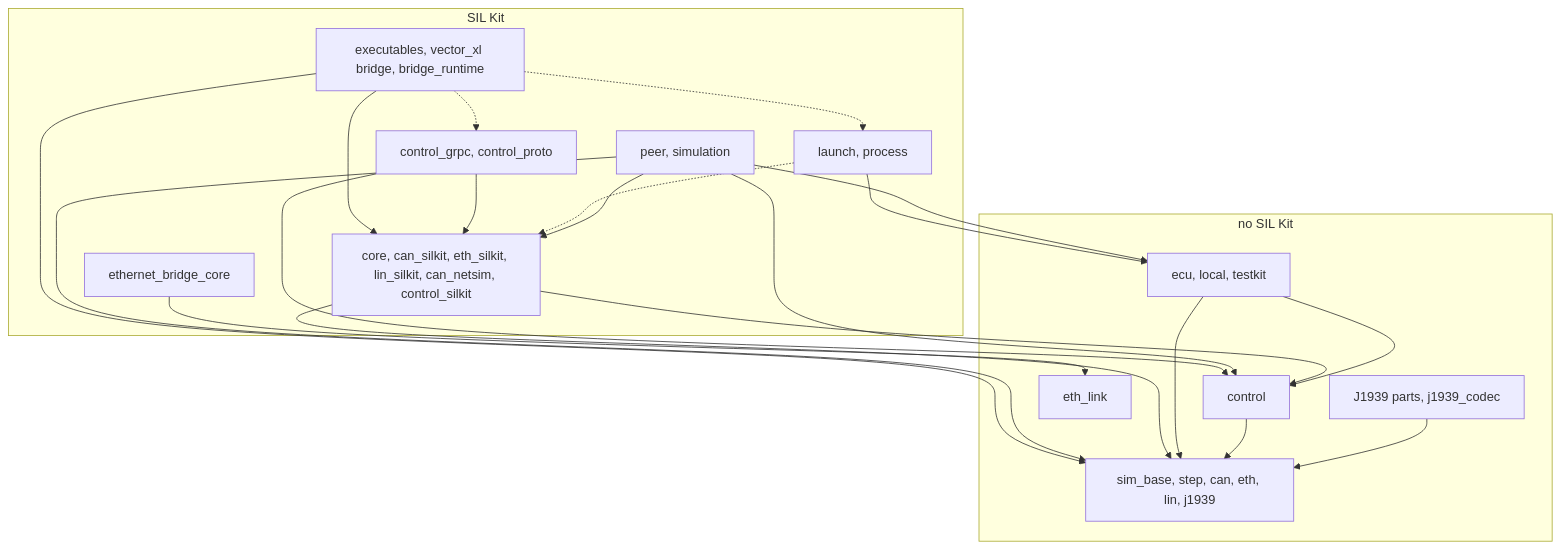
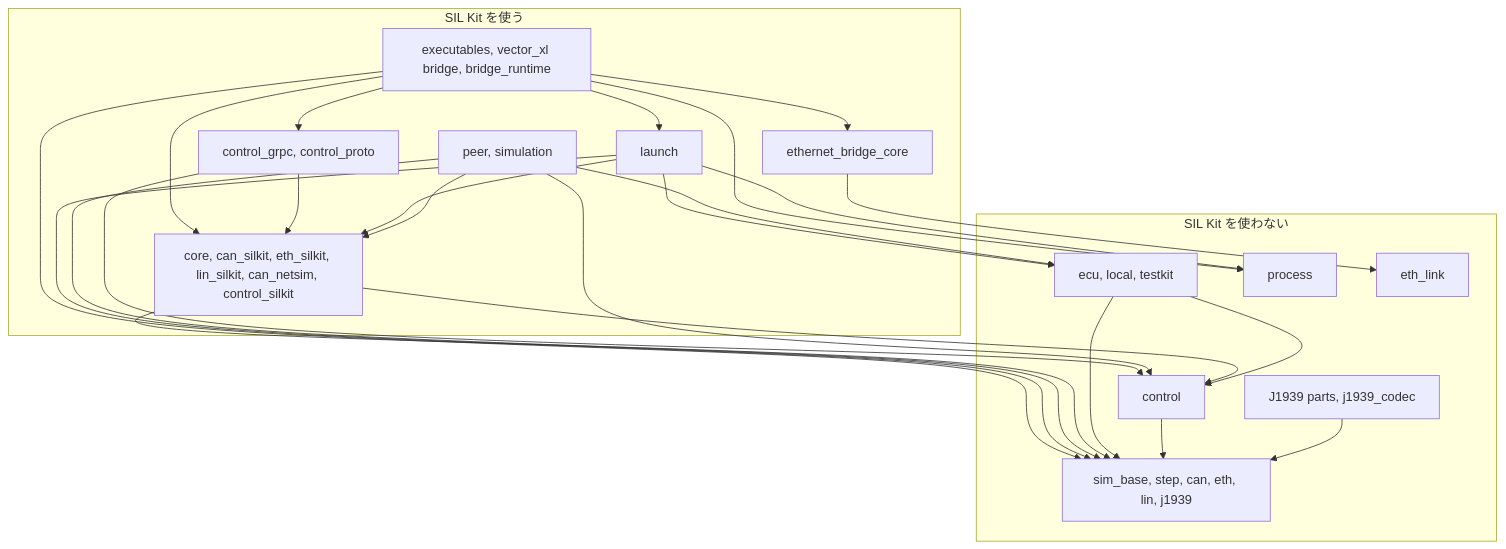
Before and after one commit to rahanahu/vehicle-sil: the first of 8 diagrams in docs/code-map.md, drawn with Mermaid. The commit also changed other lines of this file, not shown here.

````diff
--- a/docs/code-map.md
+++ b/docs/code-map.md
@@ -491,37 +1136,42 @@
 ```mermaid
 flowchart TD
-    subgraph no_silkit["no SIL Kit"]
+    subgraph no_silkit["SIL Kit を使わない"]
         protocols["sim_base, step, can, eth, lin, j1939"]
         control["control"]
         j1939_parts["J1939 parts, j1939_codec"]
         app["ecu, local, testkit"]
+        process["process"]
         eth_link_box["eth_link"]
     end
-    subgraph with_silkit["SIL Kit"]
+    subgraph with_silkit["SIL Kit を使う"]
         bindings["core, can_silkit, eth_silkit, lin_silkit, can_netsim, control_silkit"]
         run["peer, simulation"]
-        launch_process["launch, process"]
+        launch["launch"]
         grpc["control_grpc, control_proto"]
         tools["executables, vector_xl bridge, bridge_runtime"]
         ethernet_bridge["ethernet_bridge_core"]
     end
     j1939_parts --> protocols
     control --> protocols
     app --> protocols
     app --> control
     bindings --> protocols
     bindings --> control
     run --> app
     run --> bindings
     run --> protocols
     run --> control
-    launch_process --> app
-    launch_process -.-> bindings
+    launch --> app
+    launch --> process
+    launch --> protocols
+    launch --> bindings
     grpc --> control
     grpc --> bindings
     tools --> protocols
     tools --> bindings
-    tools -.-> launch_process
-    tools -.-> grpc
+    tools --> launch
+    tools --> process
+    tools --> grpc
+    tools --> ethernet_bridge
     ethernet_bridge --> eth_link_box
 ```
````
